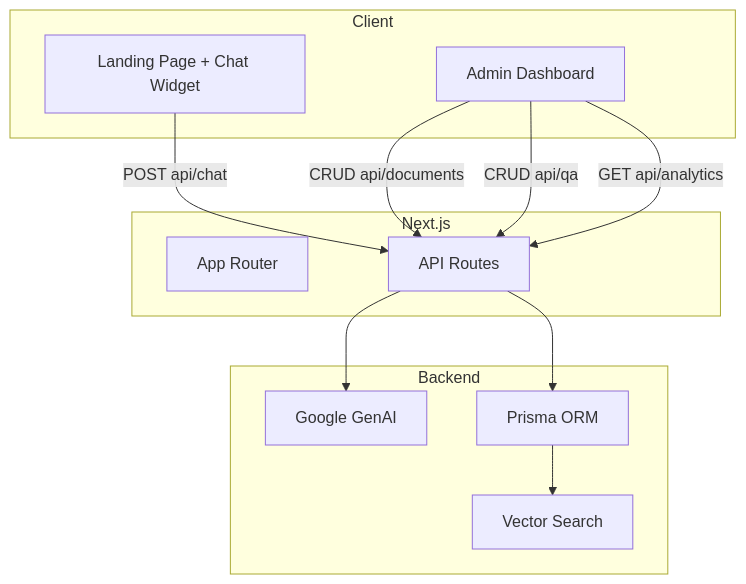
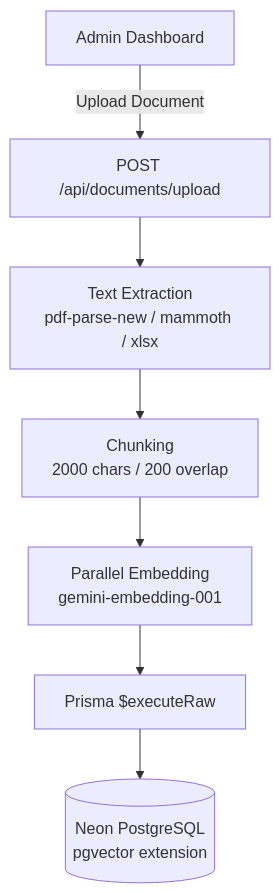
The first of 2 diagrams in README.md (dexisback/gaspy), drawn with Mermaid before and after one commit. The commit also changed other lines of this file, not shown here.

Commit message:
docs: split architecture into ingestion and retrieval flows with accurate pgvector layer

````diff
--- a/README.md
+++ b/README.md
@@ -23,26 +25,9 @@
 ```mermaid
 flowchart TD
-    subgraph Client
-        C1[Landing Page + Chat Widget]
-        C2[Admin Dashboard]
-    end
-
-    subgraph Next.js
-        R1[App Router]
-        R2[API Routes]
-    end
-
-    subgraph Backend
-        G1[Google GenAI]
-        E1[Vector Search]
-        E2[Prisma ORM]
-    end
-
-    C1 -->|POST api/chat| R2
-    C2 -->|CRUD api/documents| R2
-    C2 -->|CRUD api/qa| R2
-    C2 -->|GET api/analytics| R2
-    R2 --> G1
-    R2 --> E2
-    E2 --> E1
+    A[Admin Dashboard] -->|Upload Document| B[POST /api/documents/upload]
+    B --> C[Text Extraction<br/>pdf-parse-new / mammoth / xlsx]
+    C --> D[Chunking<br/>2000 chars / 200 overlap]
+    D --> E[Parallel Embedding<br/>gemini-embedding-001]
+    E --> F[Prisma $executeRaw]
+    F --> G[(Neon PostgreSQL<br/>pgvector extension)]
 ```
````
